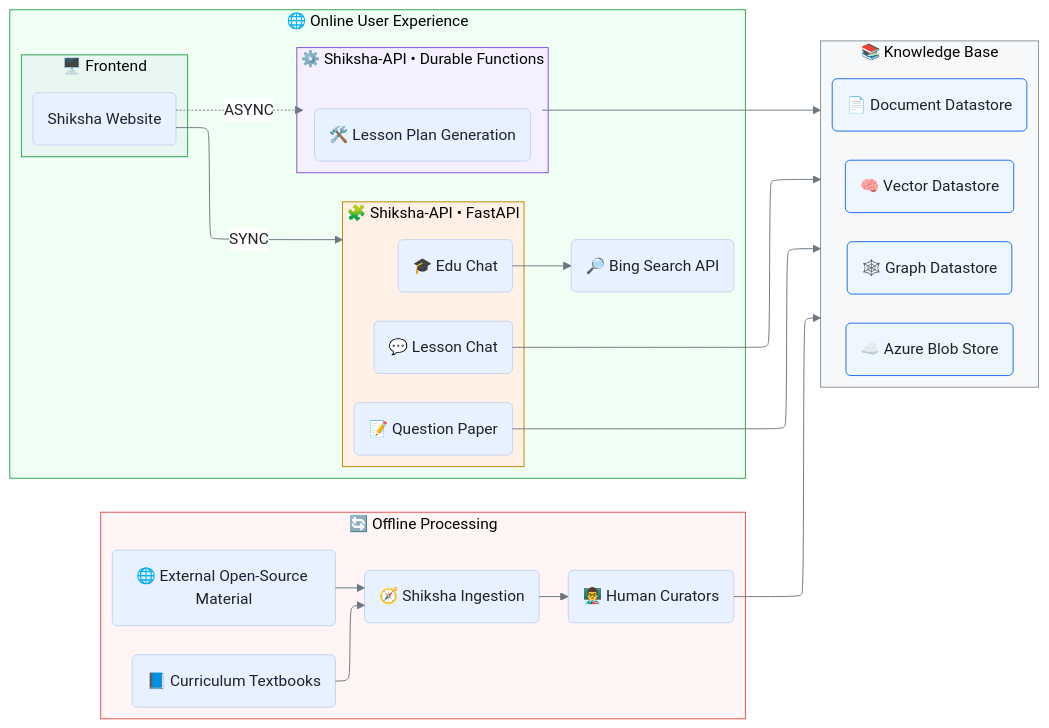
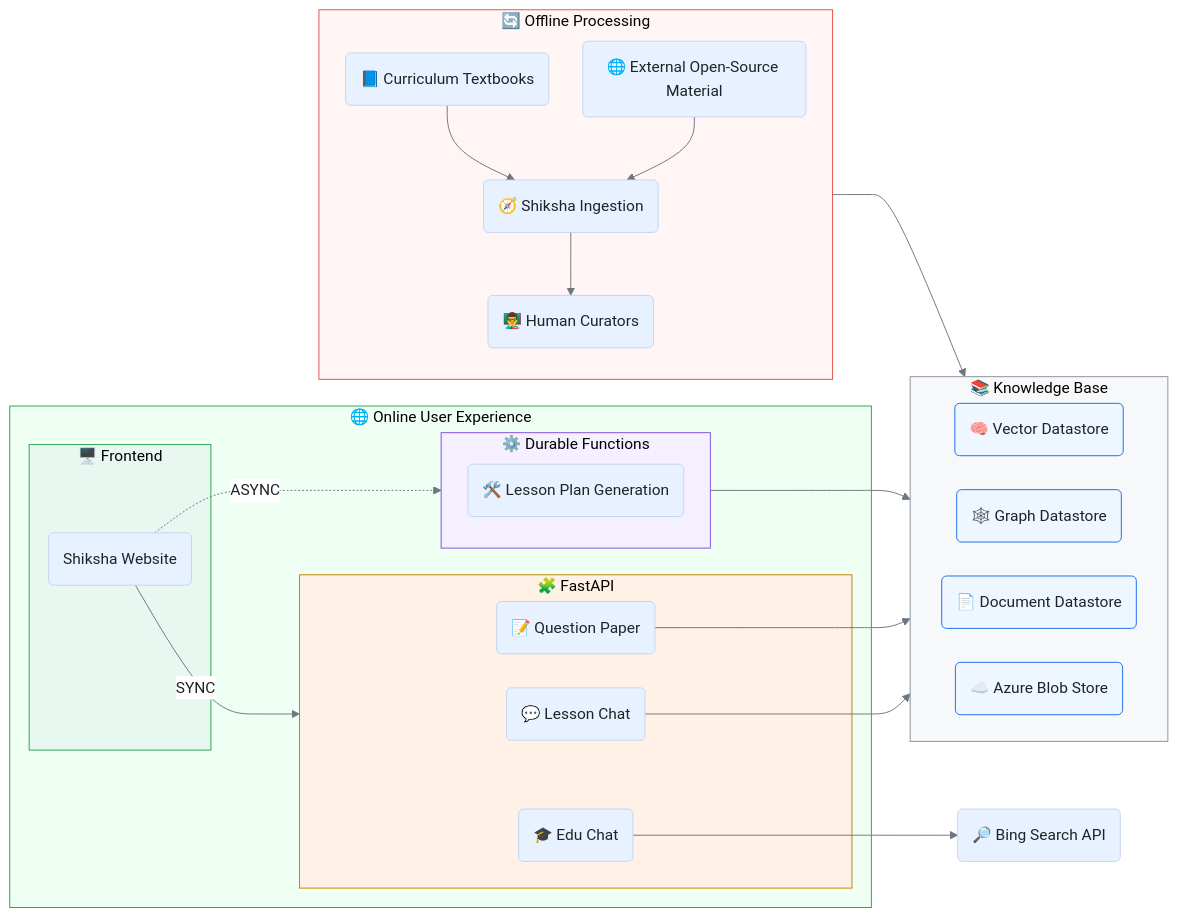
One commit to microsoft/Shiksha-Copilot changed the diagram in README.md. Above: the diagram before and after it, drawn with Mermaid.

````diff
--- a/README.md
+++ b/README.md
@@ -20,76 +20,75 @@
 ```mermaid
 ---
 config:
   theme: base
   themeVariables:
     background: transparent
     primaryTextColor: '#1f2328'
     primaryColor: '#e8f1ff'
     secondaryColor: '#fff1e5'
     lineColor: '#6e7781'
     clusterBkg: '#f6f8fa'
     clusterBorder: '#d0d7de'
     edgeLabelBackground: '#ffffff'
   flowchart:
     curve: basis
     diagramPadding: 8
     nodeSpacing: 35
     rankSpacing: 40
-  layout: elk
 ---
 flowchart LR
  subgraph OFFLINE["🔄 Offline Processing"]
     direction TB
         A("📘 Curriculum Textbooks")
         A2("🌐 External Open-Source Material")
         B("🧭 Shiksha Ingestion")
         B2("👨‍🏫 Human Curators")
   end
  subgraph F["📚 Knowledge Base"]
     direction LR
         C("🧠 Vector Datastore")
         D("🕸️ Graph Datastore")
         E("📄 Document Datastore")
         F1("☁️ Azure Blob Store")
   end
  subgraph s1["🖥️ Frontend"]
         G("Shiksha Website")
   end
- subgraph H["🧩 Shiksha-API • FastAPI"]
+ subgraph H["🧩 FastAPI"]
         I("💬 Lesson Chat")
         J("📝 Question Paper")
         K("🎓 Edu Chat")
   end
- subgraph M["⚙️ Shiksha-API • Durable Functions"]
+ subgraph M["⚙️ Durable Functions"]
         N("🛠️ Lesson Plan Generation")
   end
  subgraph ONLINE["🌐 Online User Experience"]
         s1
         H
         M
-        L("🔎 Bing Search API")
   end
+  L("🔎 Bing Search API")
     A --> B
     A2 --> B
     B --> B2
     B2 --> F
     G -- SYNC --> H
     G -. ASYNC .-> M
     I --> F
     J --> F
     K --> L
     M --> F
      C:::store
      D:::store
      E:::store
      F1:::store
     classDef store fill:#eef6ff,stroke:#1f6feb,stroke-width:1px,color:#1f2328
     classDef ghost fill:transparent,stroke:transparent,color:transparent
     style s1 fill:#e8f8f0,stroke:#2da44e,stroke-width:1px
     style H fill:#fff1e5,stroke:#bf8700,stroke-width:1px
     style M fill:#f5f0ff,stroke:#8250df,stroke-width:1px
     style F fill:#f6f8fa,stroke:#8b949e,stroke-width:1px
     style OFFLINE fill:#fff5f5,stroke:#e5534b,stroke-width:1px
     style ONLINE fill:#f0fff4,stroke:#2da44e,stroke-width:1px
 
 ```
````
